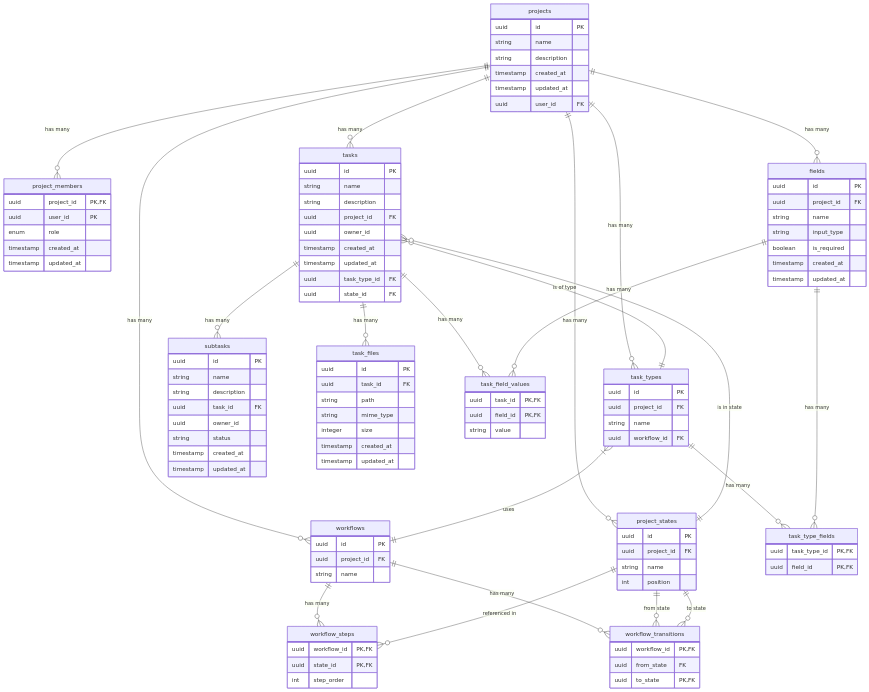
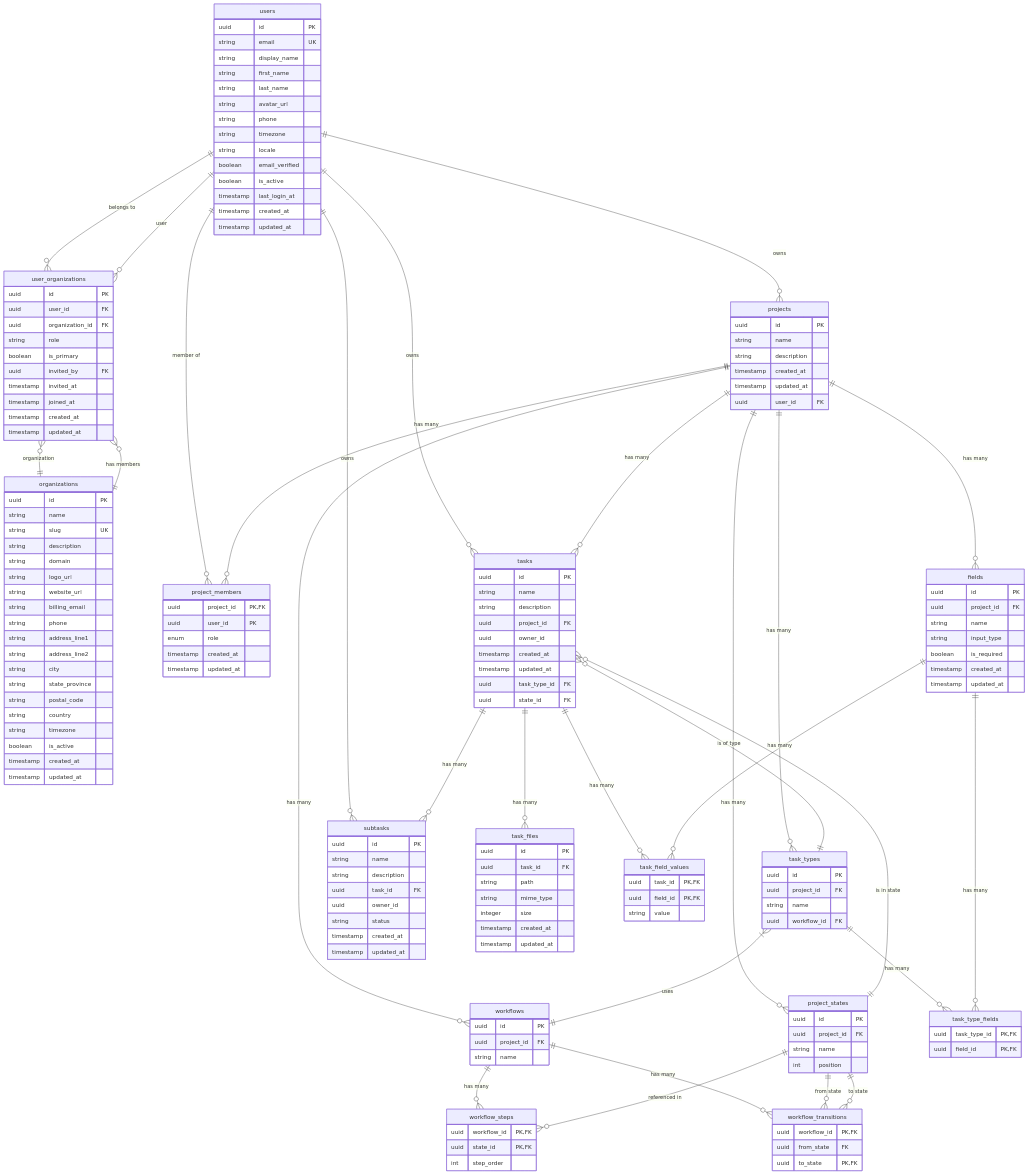
The diagram in docs/architecture/db.md (chrisrneal/task-manager), drawn with Mermaid before and after one commit. The commit also changed other lines of this file and 2 other files, not shown here.

Commit message:
Complete users and organizations table structure design

````diff
--- a/docs/architecture/db.md
+++ b/docs/architecture/db.md
@@ -7,5 +7,57 @@
 ```mermaid
 erDiagram
+    users {
+        uuid id PK
+        string email UK
+        string display_name
+        string first_name
+        string last_name
+        string avatar_url
+        string phone
+        string timezone
+        string locale
+        boolean email_verified
+        boolean is_active
+        timestamp last_login_at
+        timestamp created_at
+        timestamp updated_at
+    }
+    
+    organizations {
+        uuid id PK
+        string name
+        string slug UK
+        string description
+        string domain
+        string logo_url
+        string website_url
+        string billing_email
+        string phone
+        string address_line1
+        string address_line2
+        string city
+        string state_province
+        string postal_code
+        string country
+        string timezone
+        boolean is_active
+        timestamp created_at
+        timestamp updated_at
+    }
+    
+    user_organizations {
+        uuid id PK
+        uuid user_id FK
+        uuid organization_id FK
+        string role
+        boolean is_primary
+        uuid invited_by FK
+        timestamp invited_at
+        timestamp joined_at
+        timestamp created_at
+        timestamp updated_at
+    }
+    
     projects {
         uuid id PK
         string name
@@ -109,6 +161,14 @@
         string value
     }
     
+    users ||--o{ user_organizations : "belongs to"
+    organizations ||--o{ user_organizations : "has members"
+    users ||--o{ projects : "owns"
+    users ||--o{ project_members : "member of"
+    users ||--o{ tasks : "owns"
+    users ||--o{ subtasks : "owns"
+    user_organizations }o--|| users : "user"
+    user_organizations }o--|| organizations : "organization"
     projects ||--o{ project_members : "has many"
     projects ||--o{ tasks : "has many"
     tasks ||--o{ subtasks : "has many"
````
